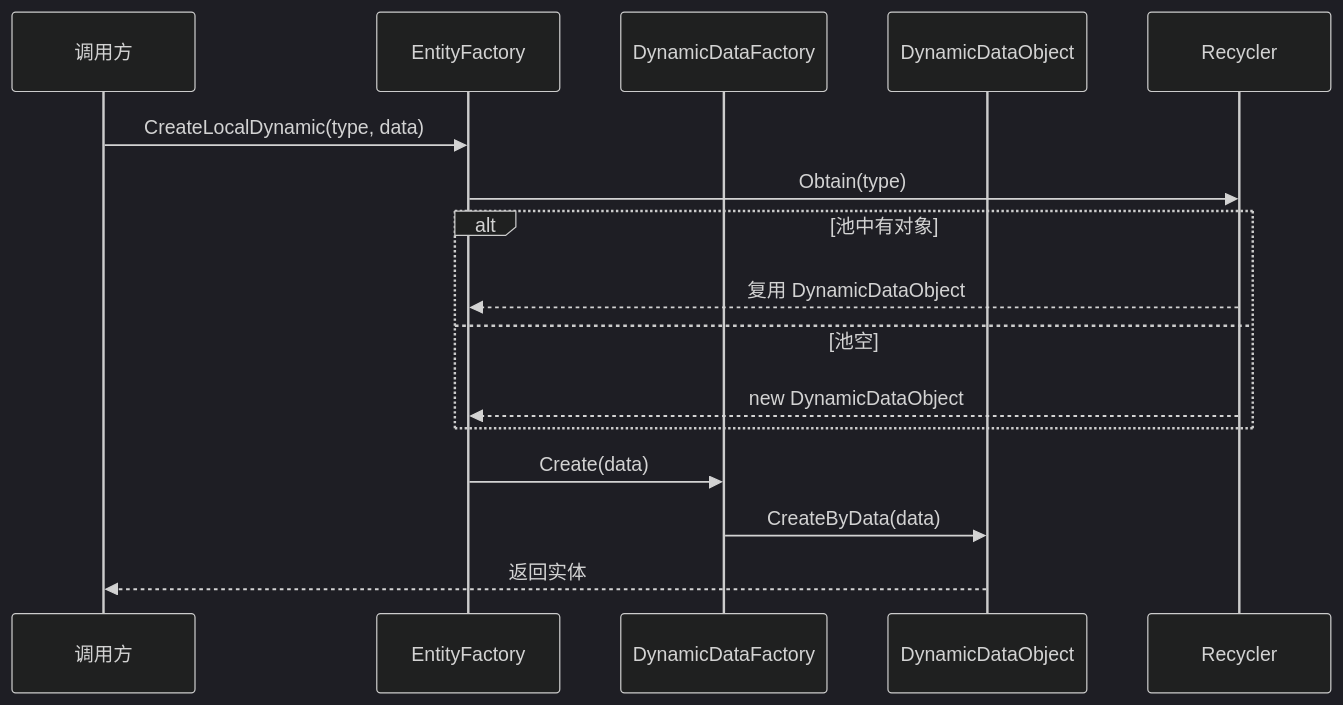
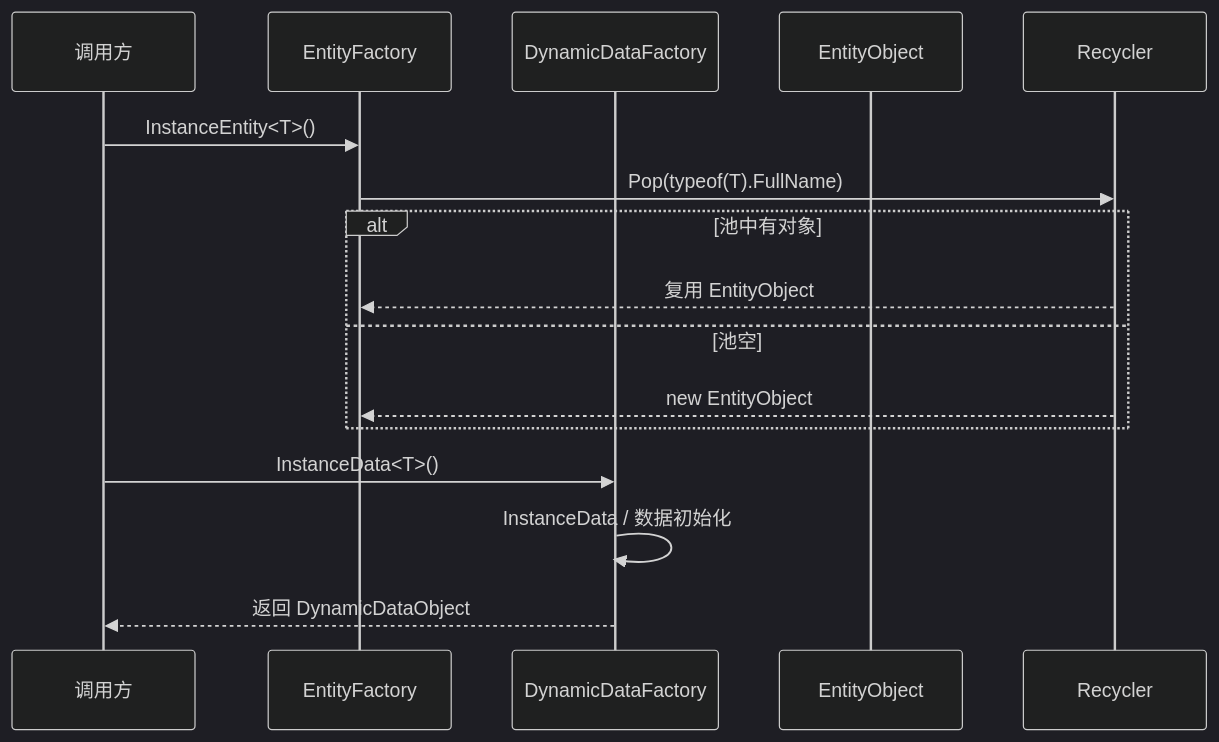
The second of 2 diagrams in diagrams/battle/L1_ENTITY_FACTORY_LAYER.md (BoyLei/Stars), drawn with Mermaid (dark theme) before and after one commit. The commit also changed other lines of this file and 135 other files, not shown here.

Commit message:
Refactor Stars client module and startup flow

````diff
--- a/diagrams/battle/L1_ENTITY_FACTORY_LAYER.md
+++ b/diagrams/battle/L1_ENTITY_FACTORY_LAYER.md
@@ -57,18 +61,18 @@
 ```mermaid
 sequenceDiagram
     participant C as 调用方
     participant EF as EntityFactory
     participant DF as DynamicDataFactory
-    participant DDO as DynamicDataObject
+    participant EO as EntityObject
     participant R as Recycler
-    C->>EF: CreateLocalDynamic(type, data)
-    EF->>R: Obtain(type)
+    C->>EF: InstanceEntity<T>()
+    EF->>R: Pop(typeof(T).FullName)
     alt 池中有对象
-        R-->>EF: 复用 DynamicDataObject
+        R-->>EF: 复用 EntityObject
     else 池空
-        R-->>EF: new DynamicDataObject
+        R-->>EF: new EntityObject
     end
-    EF->>DF: Create(data)
-    DF->>DDO: CreateByData(data)
-    DDO-->>C: 返回实体
+    C->>DF: InstanceData<T>()
+    DF->>DF: InstanceData / 数据初始化
+    DF-->>C: 返回 DynamicDataObject
 ```
````
